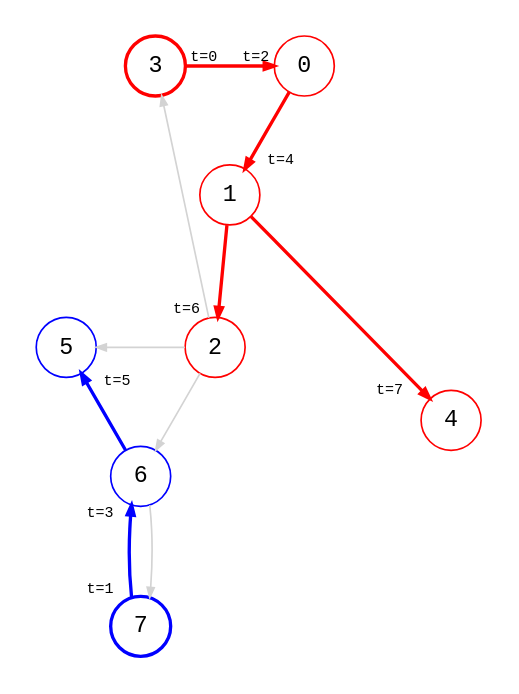
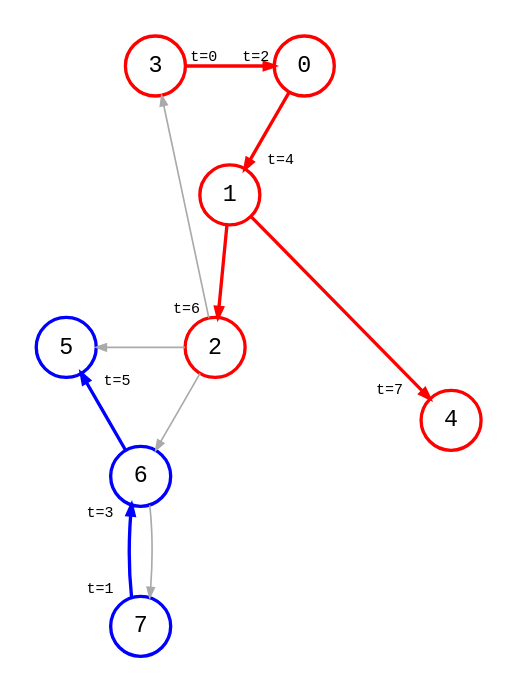
One commit to bsdrks/graaf-images changed the diagram in src/bfs_multi_source_1.dot. Above: the diagram before and after it, drawn with Graphviz. The commit also changed 21 other files, not shown here.

Commit message:
unify diagram style

```diff
--- a/src/bfs_multi_source_1.dot
+++ b/src/bfs_multi_source_1.dot
@@ -1,25 +1,23 @@
 digraph {
     node [shape=circle, fontname="monospace"];
     edge [arrowsize=0.6, fontname="monospace", fontsize=9];
     layout=circo;
     scale=1.0;
     normalize=true;
     pad=0.2;
     splines=line;
 
-    3 [style="bold"; color=red];
-    0, 1, 2, 4 [color=red];
-    7 [style=bold; color=blue];
-    6, 5 [color=blue];
+    3, 0, 1, 2, 4 [style="bold"; color=red];
+    7, 6, 5 [style=bold; color=blue];
 
     3 -> 0 [style=bold; color=red; headlabel="t=2 ", taillabel="t=0 "];
     0 -> 1 [style=bold; color=red; headlabel="   t=4"];
     1 -> 2 [style=bold; color=red; headlabel="t=6  "];
     1 -> 4 [style=bold; color=red; headlabel="t=7   "];
-    2 -> 3 [color=lightgray];
-    2 -> 5 [color=lightgray];
-    2 -> 6 [color=lightgray];
+    2 -> 3 [color="#aaaaaa"];
+    2 -> 5 [color="#aaaaaa"];
+    2 -> 6 [color="#aaaaaa"];
     6 -> 5 [style=bold; color=blue; headlabel="   t=5"];
-    6 -> 7 [color=lightgray];
+    6 -> 7 [color="#aaaaaa"];
     7 -> 6 [style=bold; color=blue; headlabel="t=3  ", taillabel="t=1  "];
 }
```
